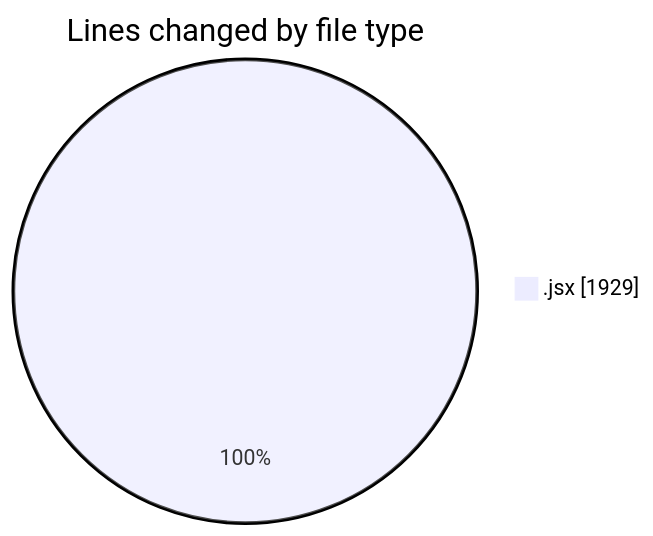
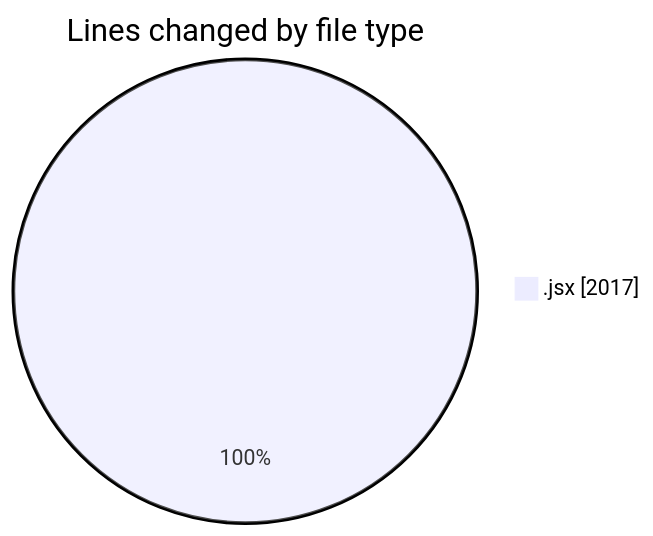
The first of 2 diagrams in 2025-05-26/nxtqube_webapp/README.md (nxtqubesakshisongat/code-tracking), drawn with Mermaid before and after one commit. The commit also changed other lines of this file and 1 other file, not shown here.

````diff
--- a/2025-05-26/nxtqube_webapp/README.md
+++ b/2025-05-26/nxtqube_webapp/README.md
@@ -20,5 +21,5 @@
 ```mermaid
 pie showData
 title Lines changed by file type
-".jsx" : 1929
+".jsx" : 2017
 ```
````
